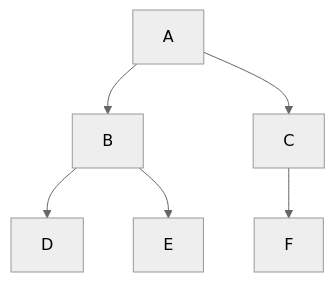
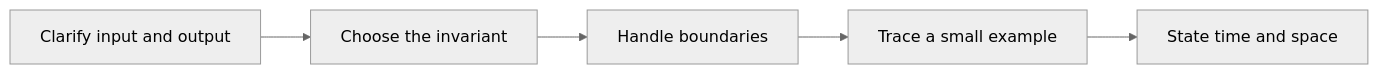
Before and after one commit to 9999dude/omega: the fourth of 16 diagrams in docs/datastructures/stack.md, drawn with Mermaid (neutral theme). The commit also changed other lines of this file and 58 other files, not shown here.

````diff
--- a/docs/datastructures/stack.md
+++ b/docs/datastructures/stack.md
@@ -629,8 +122,7 @@
 ```mermaid
-flowchart TD
-    A["A"] --> B["B"]
-    A --> C["C"]
-    B --> D["D"]
-    B --> E["E"]
-    C --> F["F"]
+flowchart LR
+    A["Clarify input and output"] --> B["Choose the invariant"]
+    B --> C["Handle boundaries"]
+    C --> D["Trace a small example"]
+    D --> E["State time and space"]
 ```
````
